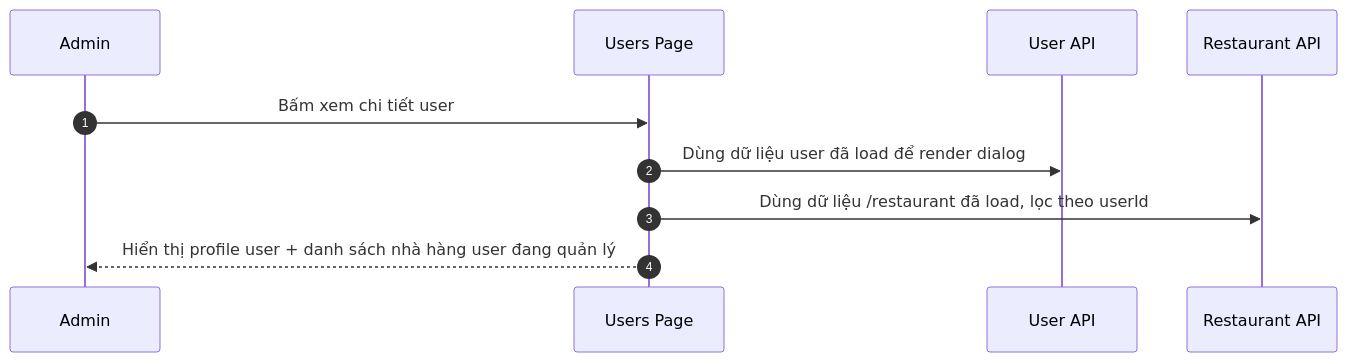
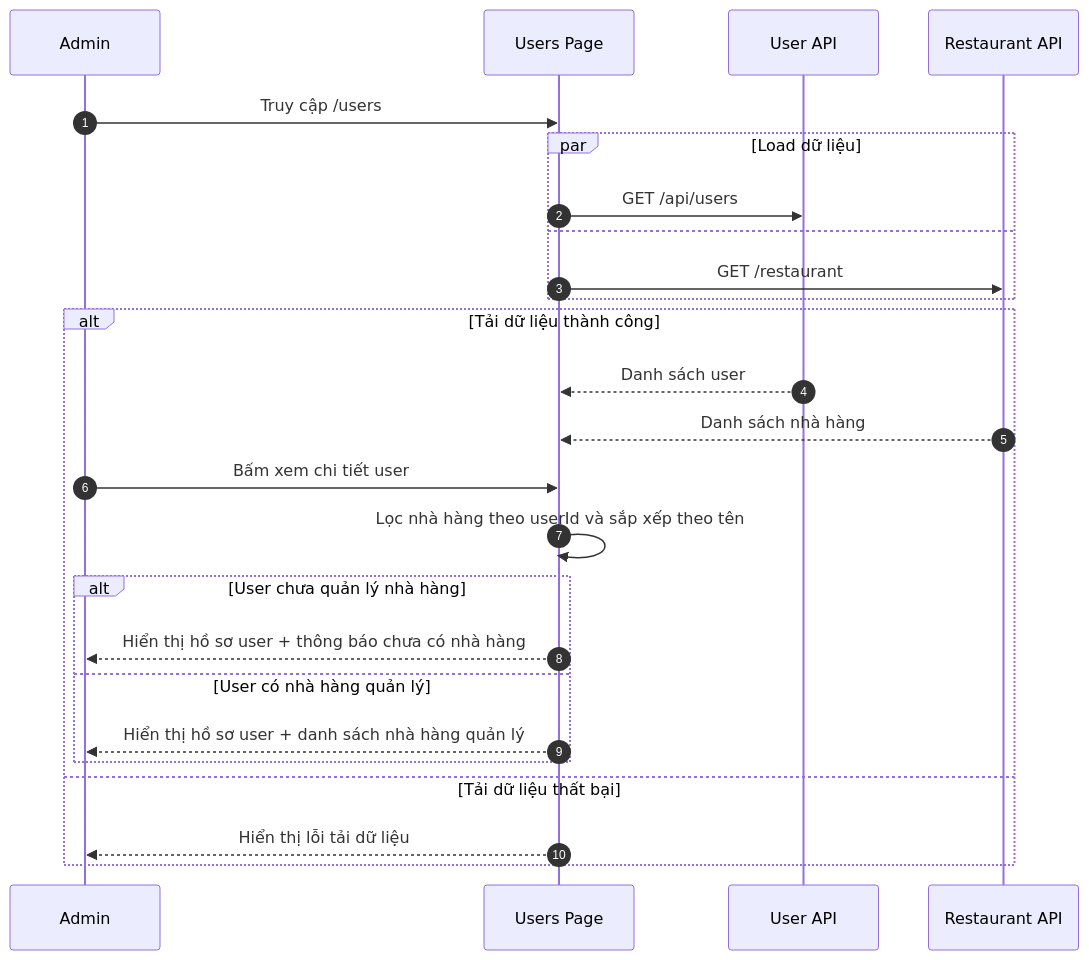
Before and after one commit to sangnp-s-organiztion/food-market-narrator: diagram 16 of 28 in docs/diagram/sequence/flow-admin.md, drawn with Mermaid. The commit also changed 64 other files, not shown here.

Commit message:
Sửa sequence

````diff
--- a/docs/diagram/sequence/flow-admin.md
+++ b/docs/diagram/sequence/flow-admin.md
@@ -425,13 +425,28 @@
 ```mermaid
 sequenceDiagram
     autonumber
     participant U as Admin
     participant FE as Users Page
     participant USER as User API
     participant RES as Restaurant API
 
-    U->>FE: Bấm xem chi tiết user
-    FE->>USER: Dùng dữ liệu user đã load để render dialog
-    FE->>RES: Dùng dữ liệu /restaurant đã load, lọc theo userId
-    FE-->>U: Hiển thị profile user + danh sách nhà hàng user đang quản lý
+    U->>FE: Truy cập /users
+    par Load dữ liệu
+        FE->>USER: GET /api/users
+    and
+        FE->>RES: GET /restaurant
+    end
+    alt Tải dữ liệu thành công
+        USER-->>FE: Danh sách user
+        RES-->>FE: Danh sách nhà hàng
+        U->>FE: Bấm xem chi tiết user
+        FE->>FE: Lọc nhà hàng theo userId và sắp xếp theo tên
+        alt User chưa quản lý nhà hàng
+            FE-->>U: Hiển thị hồ sơ user + thông báo chưa có nhà hàng
+        else User có nhà hàng quản lý
+            FE-->>U: Hiển thị hồ sơ user + danh sách nhà hàng quản lý
+        end
+    else Tải dữ liệu thất bại
+        FE-->>U: Hiển thị lỗi tải dữ liệu
+    end
 ```
````
